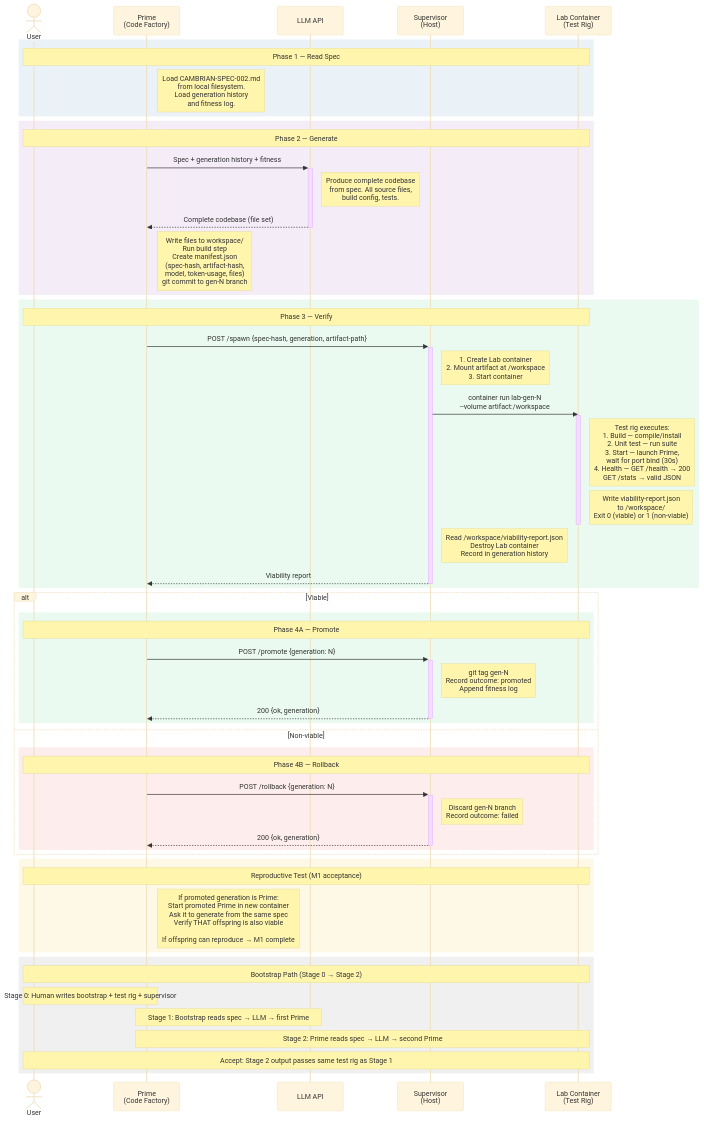
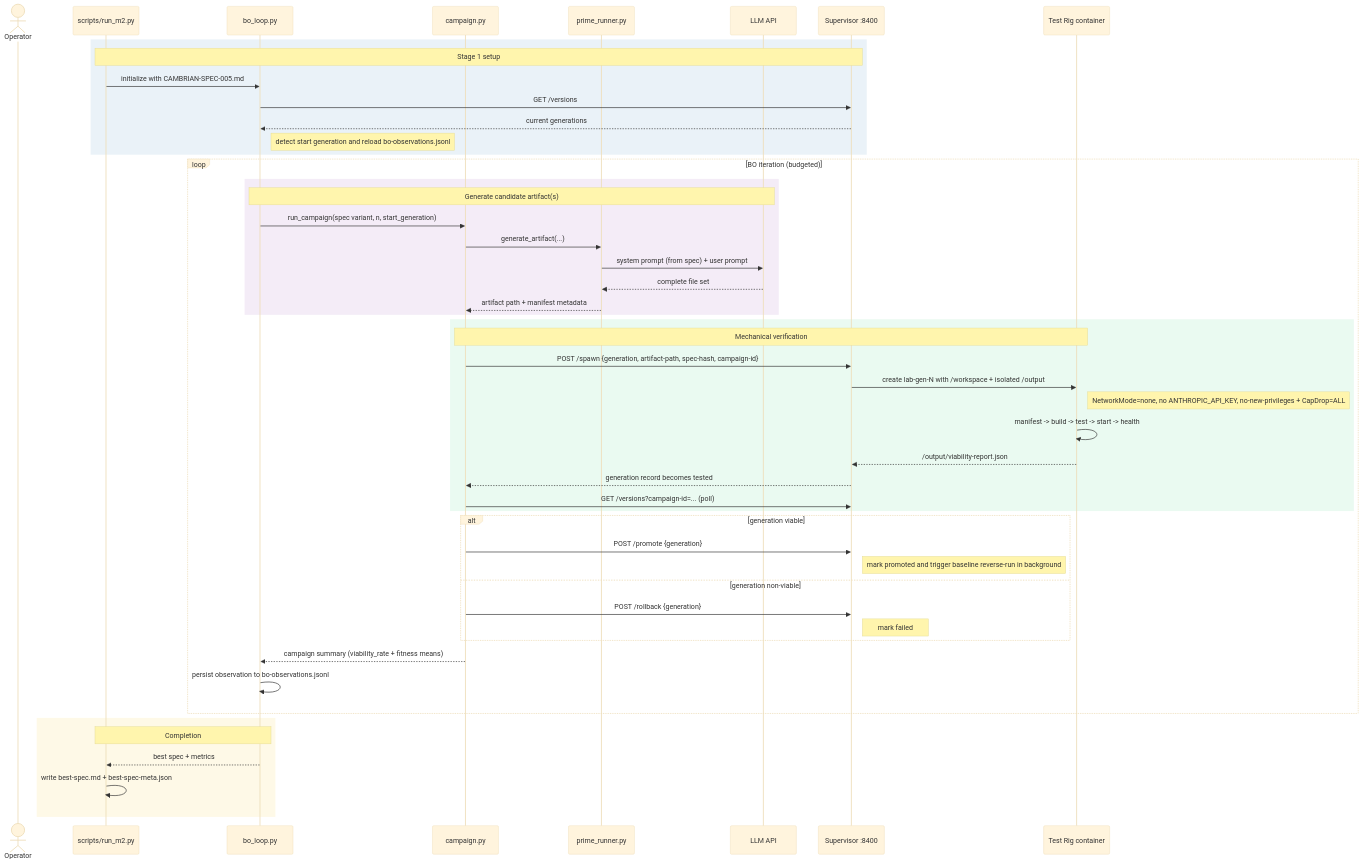
One commit to lispmeister/cambrian changed the diagram in spec/diagrams/generation-sequence-20260320.mmd. Above: the diagram before and after it, drawn with Mermaid (base theme). The commit also changed 13 other files, not shown here.

First line of the commit message:
update M2 documentation and diagrams with executable success reporting

```diff
--- a/spec/diagrams/generation-sequence-20260320.mmd
+++ b/spec/diagrams/generation-sequence-20260320.mmd
@@ -1,61 +1,56 @@
 sequenceDiagram
-    actor User
-    participant Prime as Prime<br/>(Code Factory)
+    actor Operator
+    participant RunM2 as scripts/run_m2.py
+    participant BO as bo_loop.py
+    participant Campaign as campaign.py
+    participant PrimeRunner as prime_runner.py
     participant LLM as LLM API
-    participant Supervisor as Supervisor<br/>(Host)
-    participant Lab as Lab Container<br/>(Test Rig)
+    participant Supervisor as Supervisor :8400
+    participant Lab as Test Rig container
 
     rect rgb(234, 242, 248)
-        Note over User,Lab: Phase 1 — Read Spec
-        Note right of Prime: Load CAMBRIAN-SPEC-002.md<br/>from local filesystem.<br/>Load generation history<br/>and fitness log.
+        Note over RunM2,Supervisor: Stage 1 setup
+        RunM2->>BO: initialize with CAMBRIAN-SPEC-005.md
+        BO->>Supervisor: GET /versions
+        Supervisor-->>BO: current generations
+        Note right of BO: detect start generation and reload bo-observations.jsonl
     end
 
-    rect rgb(244, 236, 247)
-        Note over User,Lab: Phase 2 — Generate
-        Prime->>+LLM: Spec + generation history + fitness
-        Note right of LLM: Produce complete codebase<br/>from spec. All source files,<br/>build config, tests.
-        LLM-->>-Prime: Complete codebase (file set)
-        Note right of Prime: Write files to workspace/<br/>Run build step<br/>Create manifest.json<br/>(spec-hash, artifact-hash,<br/>model, token-usage, files)<br/>git commit to gen-N branch
-    end
+    loop BO iteration (budgeted)
+        rect rgb(244, 236, 247)
+            Note over BO,LLM: Generate candidate artifact(s)
+            BO->>Campaign: run_campaign(spec variant, n, start_generation)
+            Campaign->>PrimeRunner: generate_artifact(...)
+            PrimeRunner->>LLM: system prompt (from spec) + user prompt
+            LLM-->>PrimeRunner: complete file set
+            PrimeRunner-->>Campaign: artifact path + manifest metadata
+        end
 
-    rect rgb(234, 250, 241)
-        Note over User,Lab: Phase 3 — Verify
-        Prime->>+Supervisor: POST /spawn {spec-hash, generation, artifact-path}
-        Note right of Supervisor: 1. Create Lab container<br/>2. Mount artifact at /workspace<br/>3. Start container
-        Supervisor->>Lab: container run lab-gen-N<br/>--volume artifact:/workspace
-        activate Lab
-        Note right of Lab: Test rig executes:<br/>1. Build — compile/install<br/>2. Unit test — run suite<br/>3. Start — launch Prime,<br/>   wait for port bind (30s)<br/>4. Health — GET /health → 200<br/>   GET /stats → valid JSON
-        Note right of Lab: Write viability-report.json<br/>to /workspace/<br/>Exit 0 (viable) or 1 (non-viable)
-        deactivate Lab
-        Note right of Supervisor: Read /workspace/viability-report.json<br/>Destroy Lab container<br/>Record in generation history
-        Supervisor-->>-Prime: Viability report
-    end
+        rect rgb(234, 250, 241)
+            Note over Campaign,Lab: Mechanical verification
+            Campaign->>Supervisor: POST /spawn {generation, artifact-path, spec-hash, campaign-id}
+            Supervisor->>Lab: create lab-gen-N with /workspace + isolated /output
+            Note right of Lab: NetworkMode=none, no ANTHROPIC_API_KEY, no-new-privileges + CapDrop=ALL
+            Lab->>Lab: manifest -> build -> test -> start -> health
+            Lab-->>Supervisor: /output/viability-report.json
+            Supervisor-->>Campaign: generation record becomes tested
+            Campaign->>Supervisor: GET /versions?campaign-id=... (poll)
+        end
 
-    alt Viable
-        rect rgb(234, 250, 241)
-            Note over User,Lab: Phase 4A — Promote
-            Prime->>+Supervisor: POST /promote {generation: N}
-            Note right of Supervisor: git tag gen-N<br/>Record outcome: promoted<br/>Append fitness log
-            Supervisor-->>-Prime: 200 {ok, generation}
+        alt generation viable
+            Campaign->>Supervisor: POST /promote {generation}
+            Note right of Supervisor: mark promoted and trigger baseline reverse-run in background
+        else generation non-viable
+            Campaign->>Supervisor: POST /rollback {generation}
+            Note right of Supervisor: mark failed
         end
-    else Non-viable
-        rect rgb(253, 237, 236)
-            Note over User,Lab: Phase 4B — Rollback
-            Prime->>+Supervisor: POST /rollback {generation: N}
-            Note right of Supervisor: Discard gen-N branch<br/>Record outcome: failed
-            Supervisor-->>-Prime: 200 {ok, generation}
-        end
+
+        Campaign-->>BO: campaign summary (viability_rate + fitness means)
+        BO->>BO: persist observation to bo-observations.jsonl
     end
 
     rect rgb(254, 249, 231)
-        Note over User,Lab: Reproductive Test (M1 acceptance)
-        Note right of Prime: If promoted generation is Prime:<br/>  Start promoted Prime in new container<br/>  Ask it to generate from the same spec<br/>  Verify THAT offspring is also viable<br/><br/>If offspring can reproduce → M1 complete
+        Note over RunM2,BO: Completion
+        BO-->>RunM2: best spec + metrics
+        RunM2->>RunM2: write best-spec.md + best-spec-meta.json
     end
-
-    rect rgb(240, 240, 240)
-        Note over User,Lab: Bootstrap Path (Stage 0 → Stage 2)
-        Note over User,Prime: Stage 0: Human writes bootstrap + test rig + supervisor
-        Note over Prime,LLM: Stage 1: Bootstrap reads spec → LLM → first Prime
-        Note over Prime,Lab: Stage 2: Prime reads spec → LLM → second Prime
-        Note over User,Lab: Accept: Stage 2 output passes same test rig as Stage 1
-    end
```
